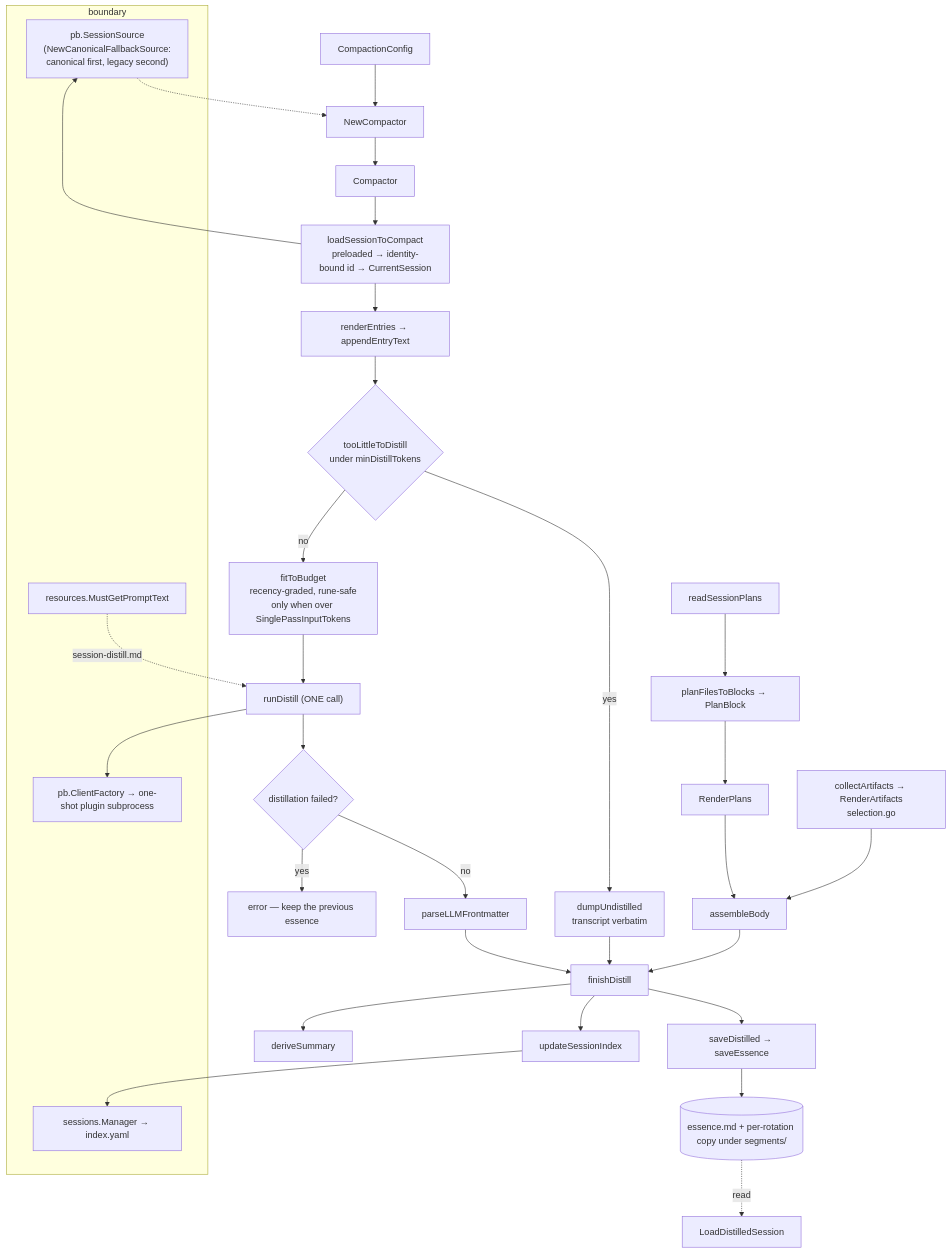
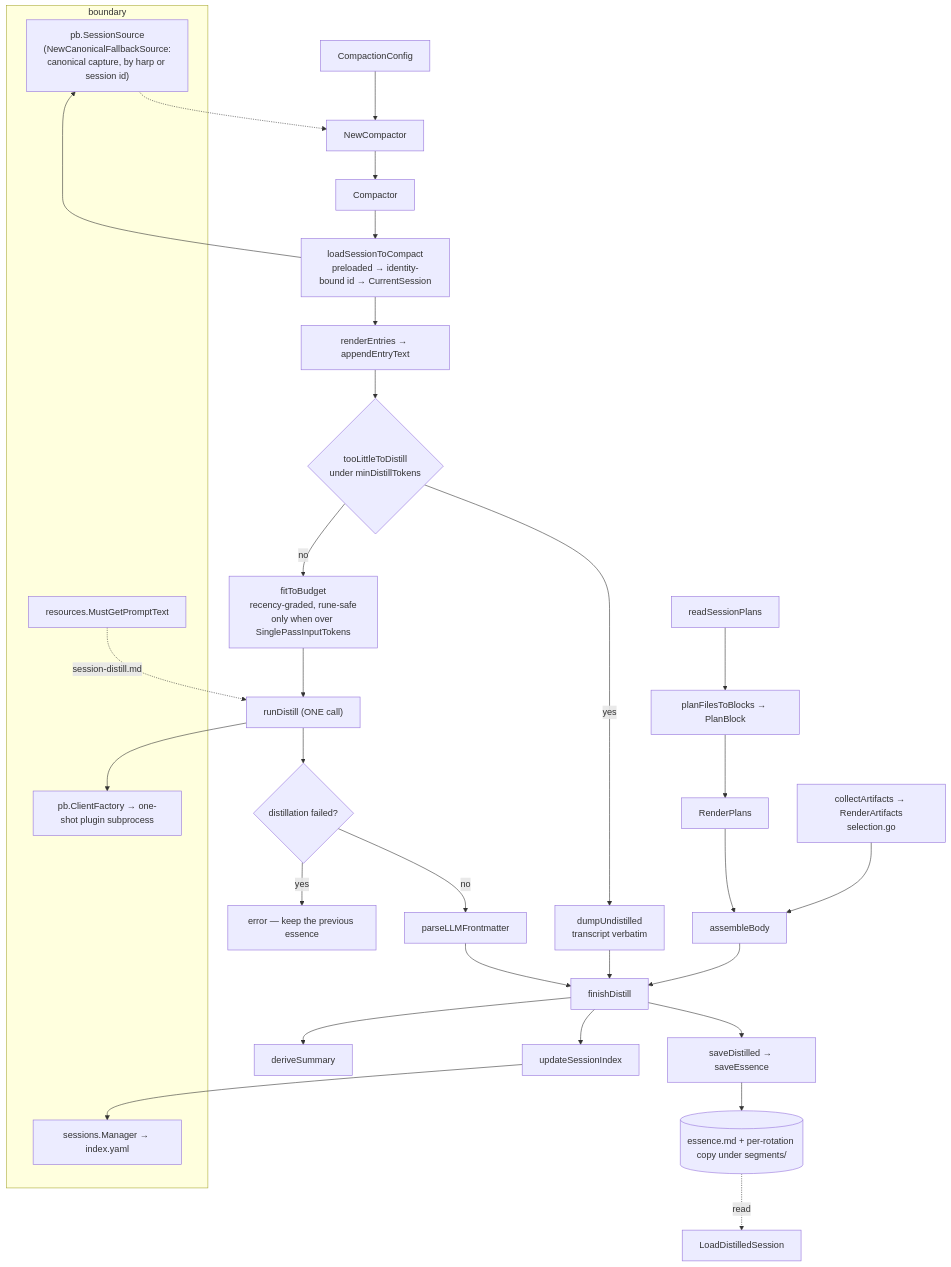
Before and after one commit to ctxloom/ctxloom: the diagram in docs/architecture/companions/memory.md, drawn with Mermaid. The commit also changed 17 other files, not shown here.

````diff
--- a/docs/architecture/companions/memory.md
+++ b/docs/architecture/companions/memory.md
@@ -28,41 +28,41 @@
 ```mermaid
 flowchart TD
   subgraph ext["boundary"]
-    SRC["pb.SessionSource<br/>(NewCanonicalFallbackSource:<br/>canonical first, legacy second)"]
+    SRC["pb.SessionSource<br/>(NewCanonicalFallbackSource:<br/>canonical capture, by harp or session id)"]
     LLM["pb.ClientFactory → one-shot plugin subprocess"]
     IDX["sessions.Manager → index.yaml"]
     RES["resources.MustGetPromptText"]
   end
 
   CFG["CompactionConfig"] --> NC["NewCompactor"]
   SRC -.-> NC
   NC --> C["Compactor"]
 
   C --> LS["loadSessionToCompact<br/>preloaded → identity-bound id → CurrentSession"]
   LS --> SRC
   LS --> S2T["renderEntries → appendEntryText"]
   S2T --> ES{"tooLittleToDistill<br/>under minDistillTokens"}
 
   ES -->|yes| DUMP["dumpUndistilled<br/>transcript verbatim"]
   ES -->|no| FB["fitToBudget<br/>recency-graded, rune-safe<br/>only when over SinglePassInputTokens"]
   FB --> RD["runDistill (ONE call)"]
   RD --> LLM
   RES -.->|"session-distill.md"| RD
   RD --> ABORT{"distillation failed?"}
   ABORT -->|yes| ERR["error — keep the previous essence"]
   ABORT -->|no| PFM["parseLLMFrontmatter"]
 
   PLANS["readSessionPlans"] --> PB["planFilesToBlocks → PlanBlock"]
   PB --> RP["RenderPlans"] --> AB["assembleBody"]
   ART["collectArtifacts → RenderArtifacts<br/>selection.go"] --> AB
 
   PFM --> FIN["finishDistill"]
   DUMP --> FIN
   AB --> FIN
   FIN --> DS["deriveSummary"]
   FIN --> SD["saveDistilled → saveEssence"]
   FIN --> USI["updateSessionIndex"] --> IDX
 
   SD --> OUT[("essence.md + per-rotation copy under segments/")]
   OUT -.read.-> LOAD["LoadDistilledSession"]
 ```
````
